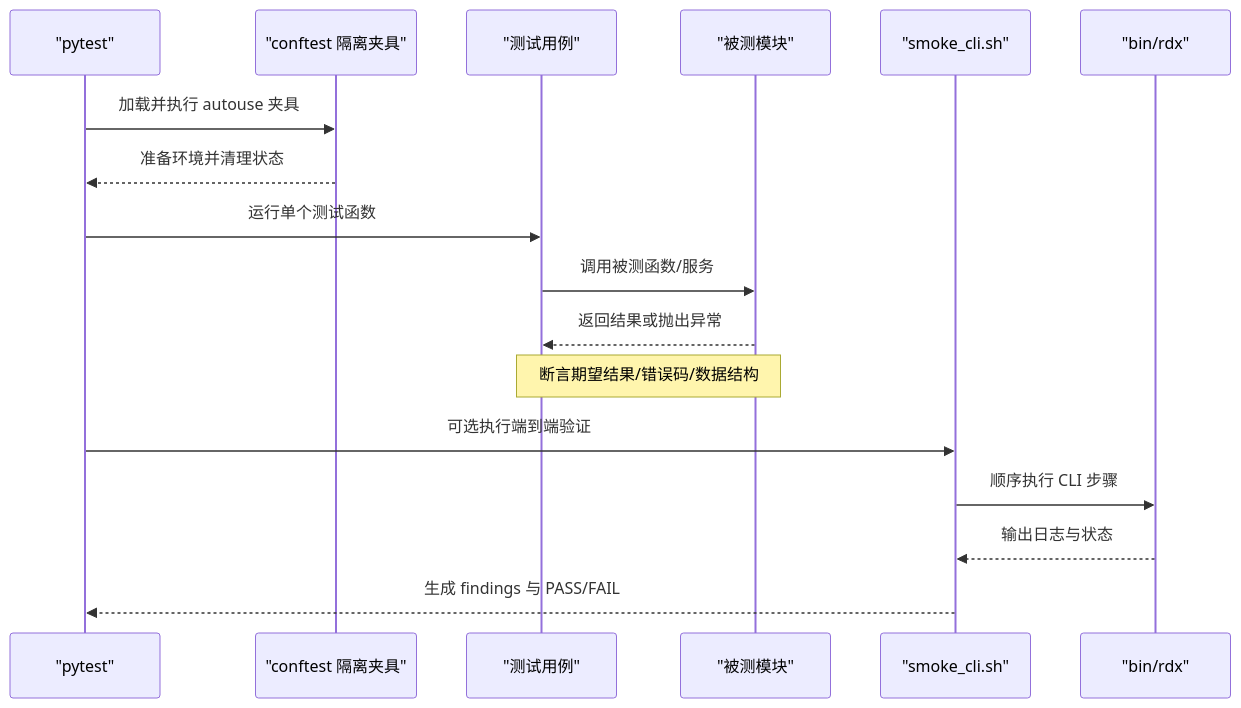
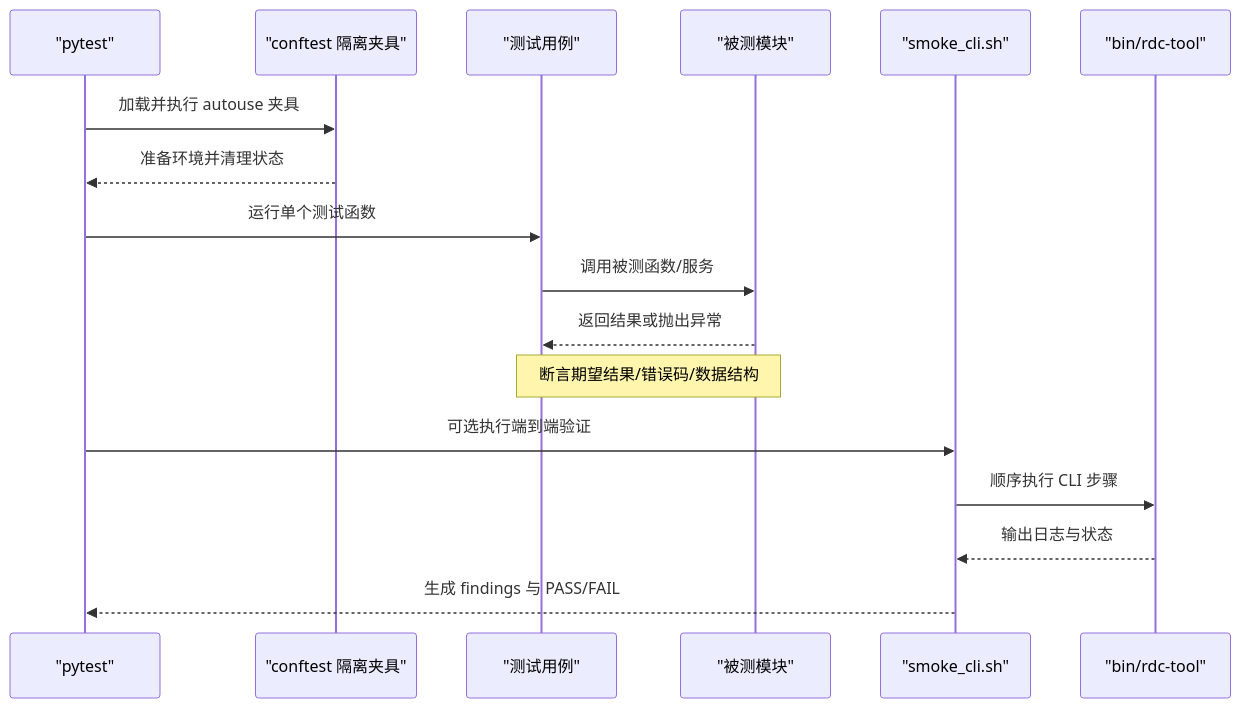
The second of 3 diagrams in .qoder/repowiki/zh/content/开发指南/添加新操作/测试编写指南.md (haolange/RDC-Tool), drawn with Mermaid before and after one commit. The commit also changed other lines of this file and 388 other files, not shown here.

First line of the commit message:
Release RDC-Tool identity and public maintenance surface

````diff
--- a/.qoder/repowiki/zh/content/开发指南/添加新操作/测试编写指南.md
+++ b/.qoder/repowiki/zh/content/开发指南/添加新操作/测试编写指南.md
@@ -70,19 +70,19 @@
 ```mermaid
 sequenceDiagram
 participant Py as "pytest"
 participant Conf as "conftest 隔离夹具"
 participant Test as "测试用例"
 participant Core as "被测模块"
 participant Smoke as "smoke_cli.sh"
-participant CLI as "bin/rdx"
+participant CLI as "bin/rdc-tool"
 Py->>Conf : 加载并执行 autouse 夹具
 Conf-->>Py : 准备环境并清理状态
 Py->>Test : 运行单个测试函数
 Test->>Core : 调用被测函数/服务
 Core-->>Test : 返回结果或抛出异常
 Note over Test,Core : 断言期望结果/错误码/数据结构
 Py->>Smoke : 可选执行端到端验证
 Smoke->>CLI : 顺序执行 CLI 步骤
 CLI-->>Smoke : 输出日志与状态
 Smoke-->>Py : 生成 findings 与 PASS/FAIL
 ```
````
